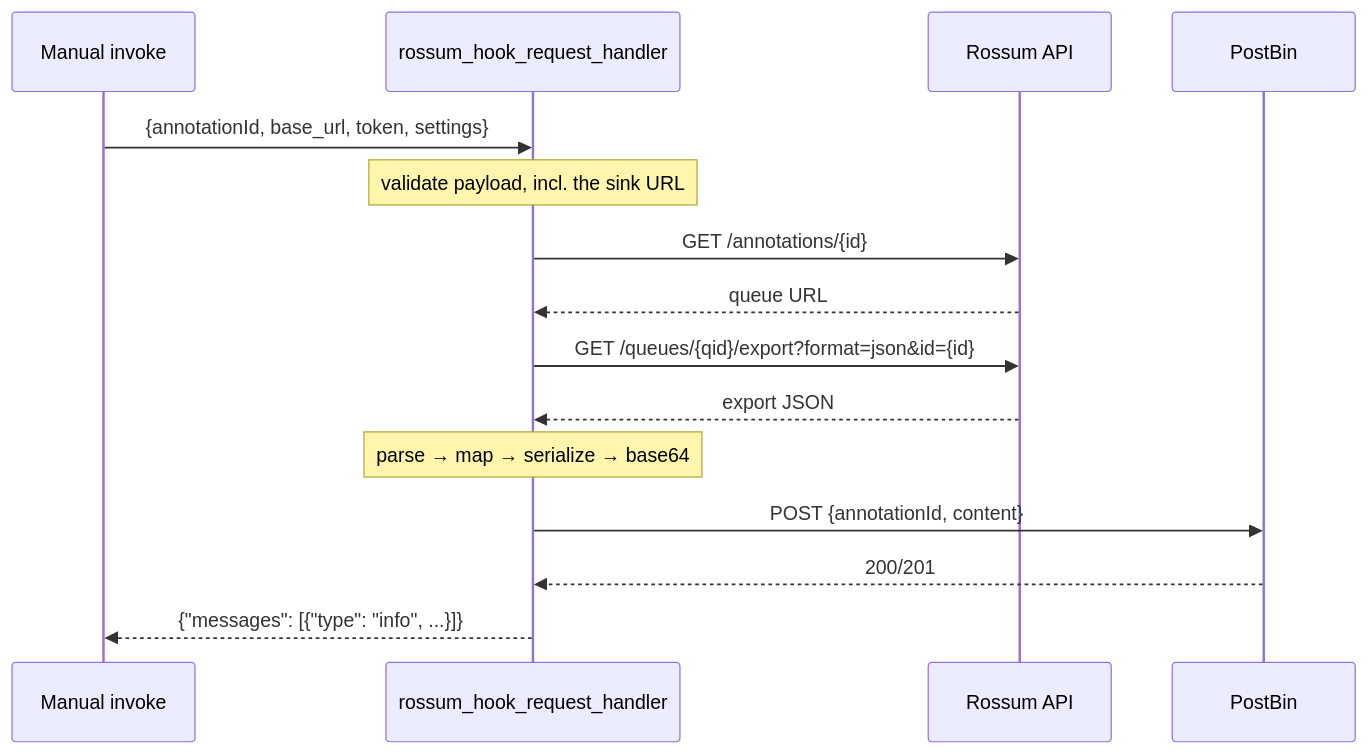
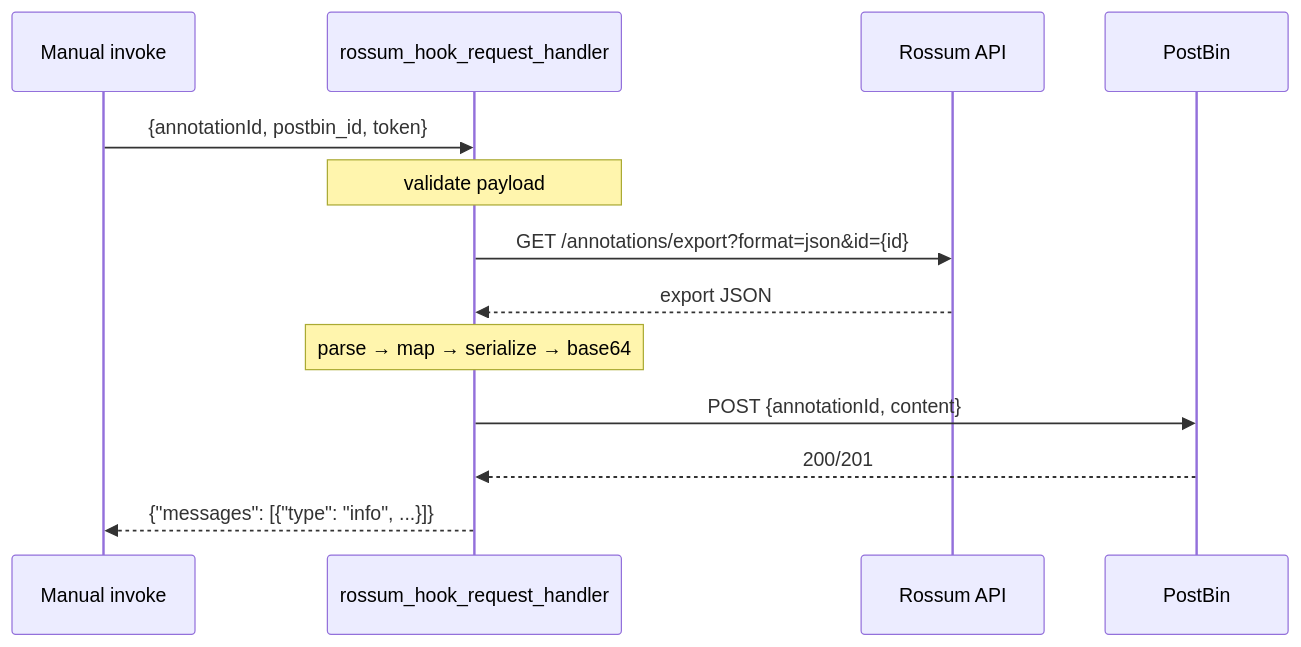
One commit to PetrJanousek/rossum-task changed the diagram in README.md. Above: the diagram before and after it, drawn with Mermaid. The commit also changed other lines of this file and 4 other files, not shown here.

````diff
--- a/README.md
+++ b/README.md
@@ -17,18 +17,16 @@
 ```mermaid
 sequenceDiagram
     participant U as Manual invoke
     participant H as rossum_hook_request_handler
     participant R as Rossum API
     participant P as PostBin
 
-    U->>H: {annotationId, base_url, token, settings}
-    Note over H: validate payload, incl. the sink URL
-    H->>R: GET /annotations/{id}
-    R-->>H: queue URL
-    H->>R: GET /queues/{qid}/export?format=json&id={id}
+    U->>H: {annotationId, postbin_id, token}
+    Note over H: validate payload
+    H->>R: GET /annotations/export?format=json&id={id}
     R-->>H: export JSON
     Note over H: parse → map → serialize → base64
     H->>P: POST {annotationId, content}
     P-->>H: 200/201
     H-->>U: {"messages": [{"type": "info", ...}]}
 ```
````
